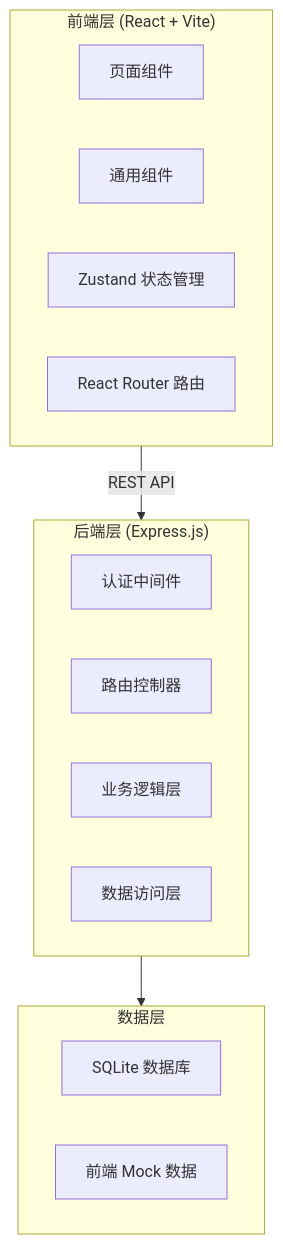
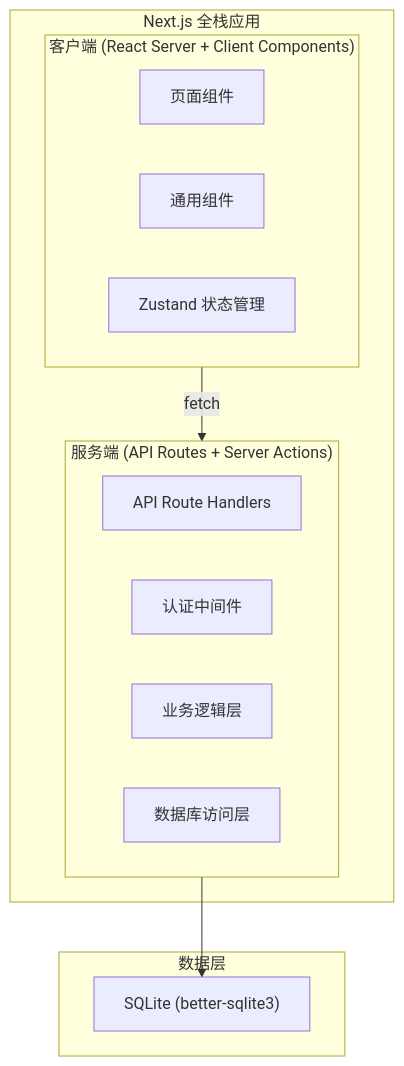
Before and after one commit to wukundaatt/language_tutor: the first of 3 diagrams in .trae/documents/technical-architecture.md, drawn with Mermaid. The commit also changed other lines of this file and 67 other files, not shown here.

````diff
--- a/.trae/documents/technical-architecture.md
+++ b/.trae/documents/technical-architecture.md
@@ -3,21 +3,21 @@
 ```mermaid
 flowchart TB
-    subgraph Frontend["前端层 (React + Vite)"]
-        Pages["页面组件"]
-        Components["通用组件"]
-        Store["Zustand 状态管理"]
-        Router["React Router 路由"]
-    end
-    subgraph Backend["后端层 (Express.js)"]
-        Auth["认证中间件"]
-        Controllers["路由控制器"]
-        Services["业务逻辑层"]
-        Repo["数据访问层"]
+    subgraph NextJS["Next.js 全栈应用"]
+        subgraph Client["客户端 (React Server + Client Components)"]
+            Pages["页面组件"]
+            Components["通用组件"]
+            Store["Zustand 状态管理"]
+        end
+        subgraph Server["服务端 (API Routes + Server Actions)"]
+            APIRoutes["API Route Handlers"]
+            AuthMW["认证中间件"]
+            Services["业务逻辑层"]
+            DBLib["数据库访问层"]
+        end
     end
     subgraph Data["数据层"]
-        SQLite["SQLite 数据库"]
-        MockData["前端 Mock 数据"]
+        SQLite["SQLite (better-sqlite3)"]
     end
-    Frontend -->|"REST API"| Backend
-    Backend --> Data
+    Client -->|"fetch"| Server
+    Server --> SQLite
 ```
````
